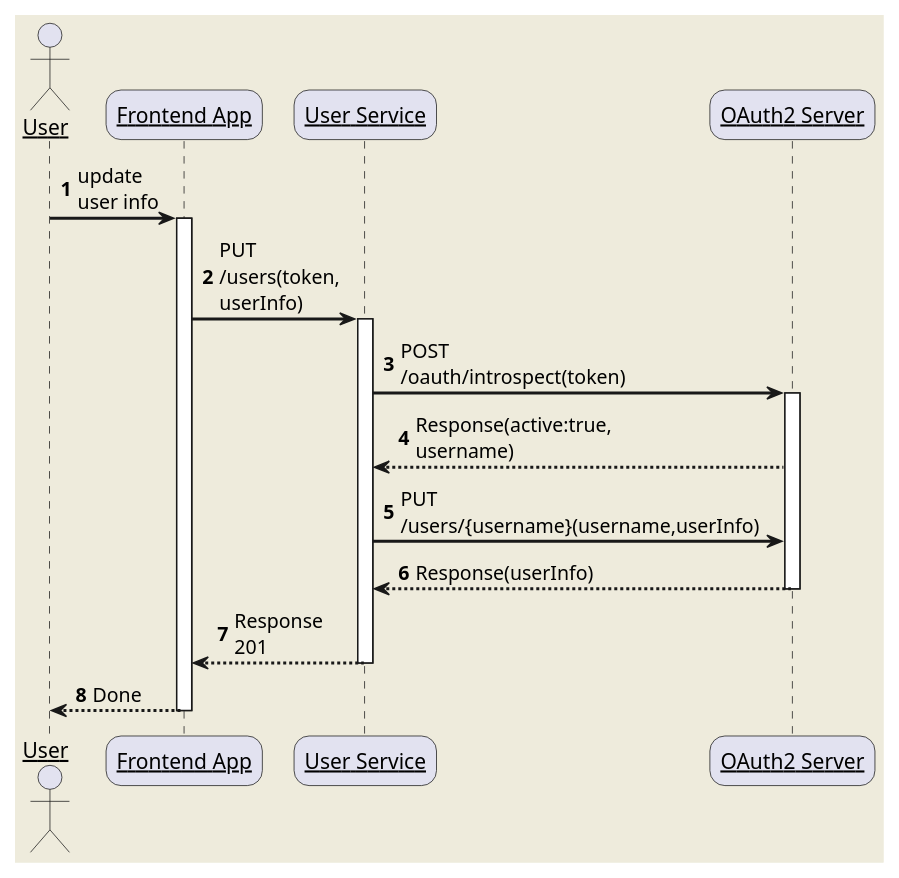
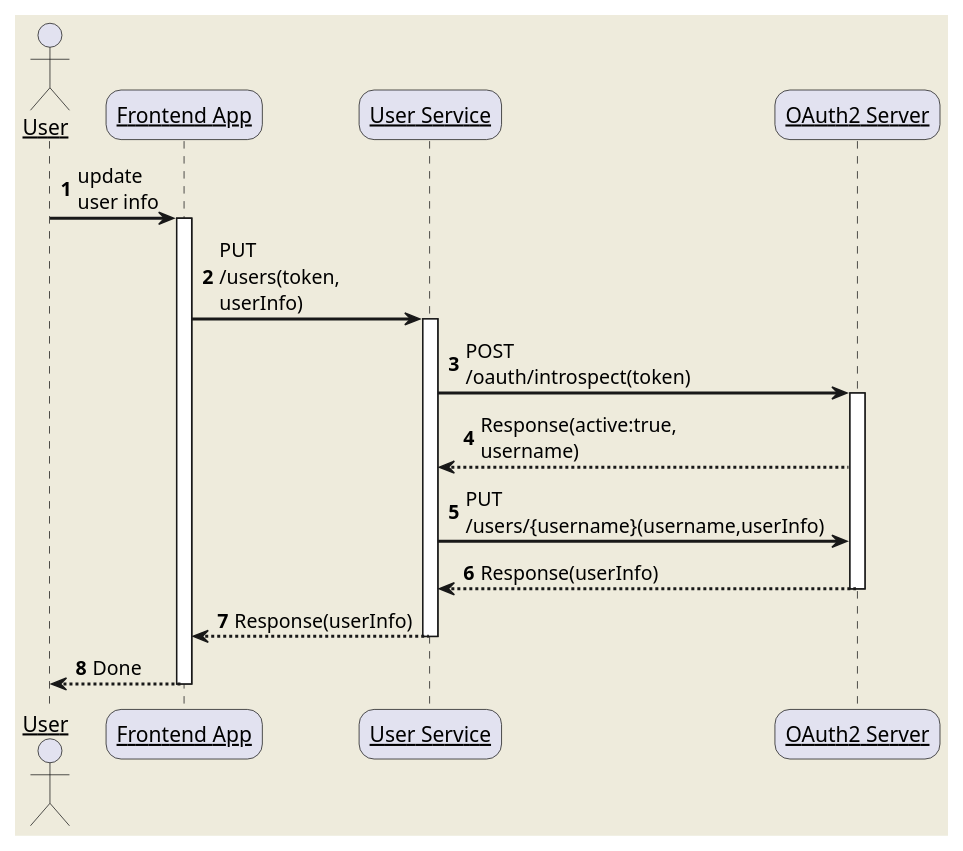
One commit to Hannibal0416/modern-renting-service changed the diagram in doc/sequence/user-update.puml. Above: the diagram before and after it, drawn with PlantUML. The commit also changed 21 other files, not shown here.

```diff
--- a/doc/sequence/user-update.puml
+++ b/doc/sequence/user-update.puml
@@ -1,35 +1,35 @@
 @startuml
 skinparam backgroundColor #EEEBDC
 skinparam handwritten false
 skinparam sequenceArrowThickness 2
 skinparam roundcorner 20
 skinparam maxmessagesize 60
 skinparam sequenceParticipant underline
 
 actor User
 participant "Frontend App" as Frontend
 participant "User Service" as UserService
 participant "OAuth2 Server" as OAuth
 
 autonumber 1
 User -> Frontend: update user info
 activate Frontend
 
 Frontend -> UserService: PUT /users(token, userInfo)
 activate UserService
 
 UserService -> OAuth: POST /oauth/introspect(token)
 activate OAuth
 OAuth --> UserService: Response(active:true, username)
 
 UserService -> OAuth: PUT /users/{username}(username,userInfo)
 
 OAuth --> UserService: Response(userInfo)
 deactivate OAuth
 
-UserService --> Frontend: Response 201
+UserService --> Frontend: Response(userInfo)
 deactivate UserService
 
 Frontend --> User: Done
 deactivate Frontend
 @enduml
```
